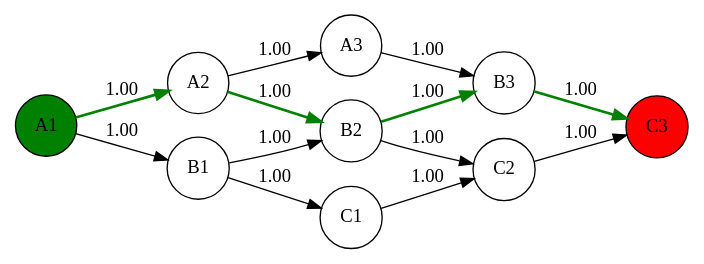
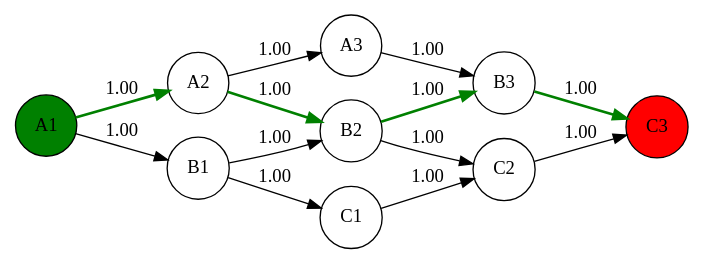
Before and after one commit to lucasmelodev1/grafos-astar: the diagram in exemplos/grade_3x3/saida.dot, drawn with Graphviz. The commit also changed other lines of this file and 15 other files, not shown here.

```diff
--- a/exemplos/grade_3x3/saida.dot
+++ b/exemplos/grade_3x3/saida.dot
@@ -1,18 +1,18 @@
 digraph G {
   rankdir=LR;
   node [shape=circle];
   "A1" [style=filled, fillcolor=green];
   "C3" [style=filled, fillcolor=red];
+  "C1" -> "C2" [label="1.00", style=solid, color=black];
+  "C2" -> "C3" [label="1.00", style=solid, color=black];
+  "A3" -> "B3" [label="1.00", style=solid, color=black];
   "B3" -> "C3" [label="1.00", style=bold, color=green];
   "A1" -> "A2" [label="1.00", style=bold, color=green];
   "A1" -> "B1" [label="1.00", style=solid, color=black];
   "A2" -> "A3" [label="1.00", style=solid, color=black];
   "A2" -> "B2" [label="1.00", style=bold, color=green];
   "B1" -> "B2" [label="1.00", style=solid, color=black];
   "B1" -> "C1" [label="1.00", style=solid, color=black];
   "B2" -> "B3" [label="1.00", style=bold, color=green];
   "B2" -> "C2" [label="1.00", style=solid, color=black];
-  "C1" -> "C2" [label="1.00", style=solid, color=black];
-  "C2" -> "C3" [label="1.00", style=solid, color=black];
-  "A3" -> "B3" [label="1.00", style=solid, color=black];
 }
```
